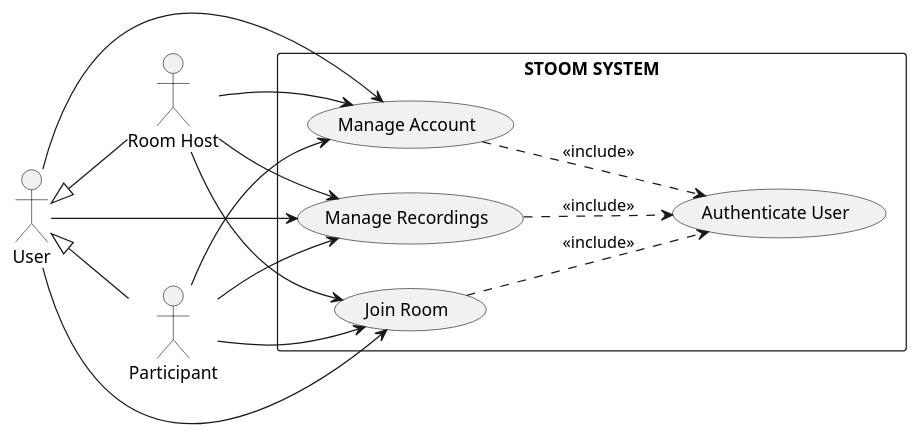
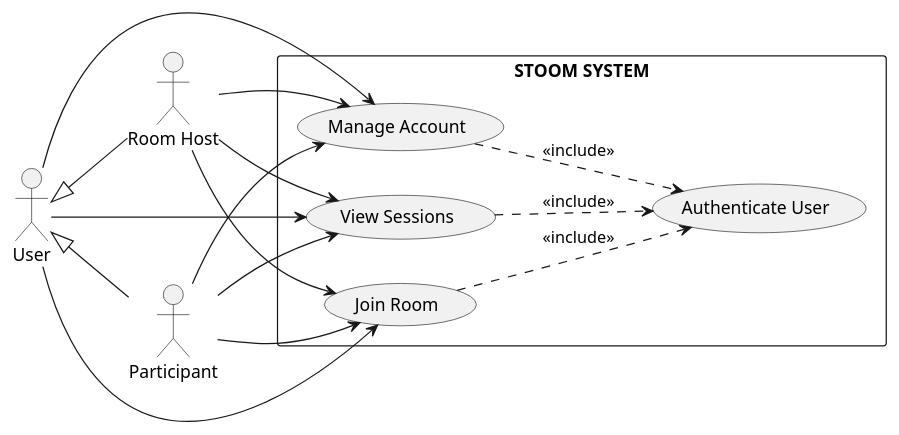
Before and after one commit to pho-veteran/stoom: the first of 19 diagrams in stoom-app/reports.md, drawn with PlantUML. The commit also changed other lines of this file and 44 other files, not shown here.

````diff
--- a/stoom-app/reports.md
+++ b/stoom-app/reports.md
@@ -183,37 +220,37 @@
 ```plantuml
 @startuml
 left to right direction
 skinparam packageStyle rectangle
 skinparam monochrome true
 
 actor User
 actor "Room Host" as RoomHost
 actor "Participant" as Participant
 User <|-- RoomHost
 User <|-- Participant
 
 rectangle "STOOM SYSTEM" {
     usecase "Authenticate User" as UC_Auth
     usecase "Manage Account" as UC_ManageAccount
     usecase "Join Room" as UC_JoinRoom
-    usecase "Manage Recordings" as UC_ManageRecordings
+    usecase "View Sessions" as UC_ViewSessions
 }
 
 User --> UC_ManageAccount
 User --> UC_JoinRoom
-User --> UC_ManageRecordings
+User --> UC_ViewSessions
 
 RoomHost --> UC_ManageAccount
 RoomHost --> UC_JoinRoom
-RoomHost --> UC_ManageRecordings
+RoomHost --> UC_ViewSessions
 
 Participant --> UC_ManageAccount
 Participant --> UC_JoinRoom
-Participant --> UC_ManageRecordings
+Participant --> UC_ViewSessions
 
 UC_ManageAccount ..> UC_Auth : <<include>>
 UC_JoinRoom ..> UC_Auth : <<include>>
-UC_ManageRecordings ..> UC_Auth : <<include>>
+UC_ViewSessions ..> UC_Auth : <<include>>
 
 @enduml
 ```
````
